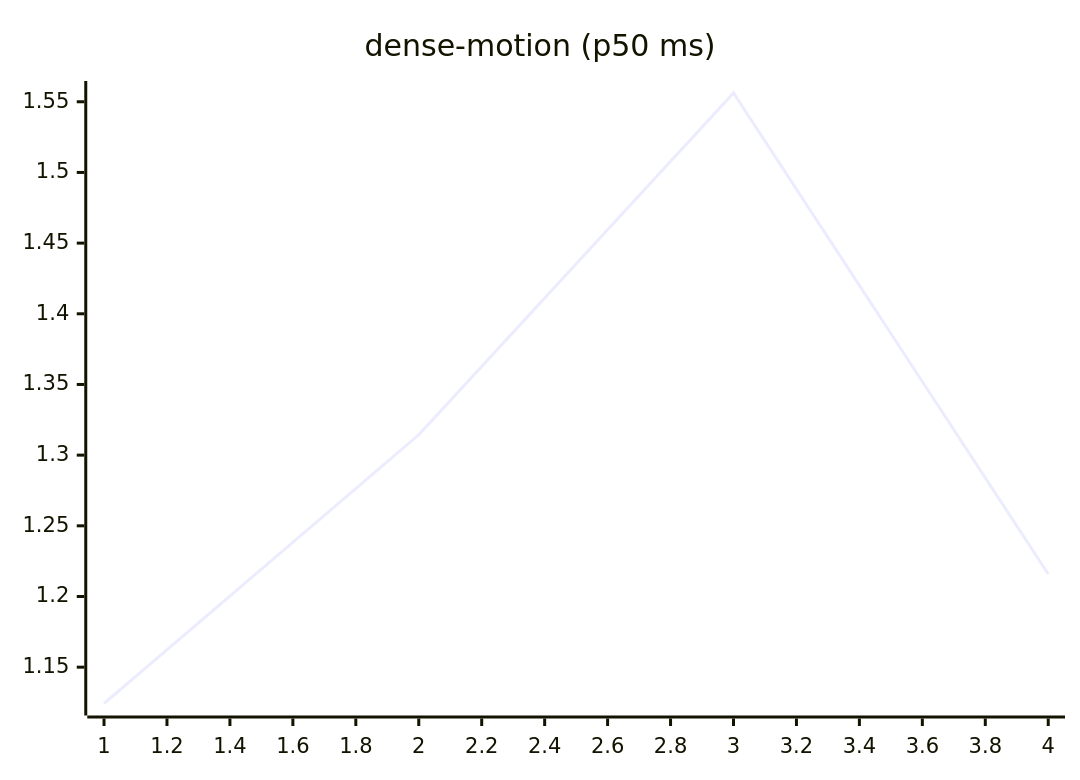
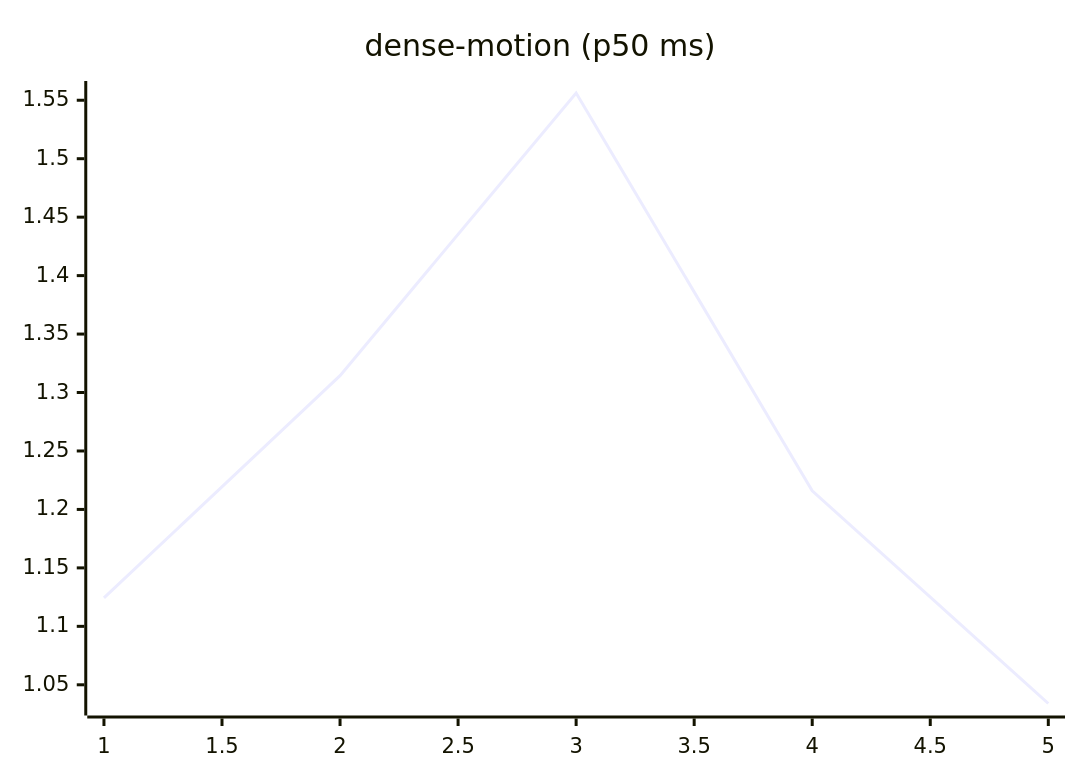
One commit to josha/Facet changed the ninth of 27 diagrams in README.md. Above: the diagram before and after it, drawn with Mermaid. The commit also changed other lines of this file and 2 other files, not shown here.

````diff
--- a/README.md
+++ b/README.md
@@ -119,6 +119,6 @@
 ```mermaid
 xychart-beta
     title "dense-motion (p50 ms)"
-    x-axis 1 --> 4
-    line [1.1243, 1.3144, 1.5562, 1.2159]
+    x-axis 1 --> 5
+    line [1.1243, 1.3144, 1.5562, 1.2159, 1.0340]
 ```
````
